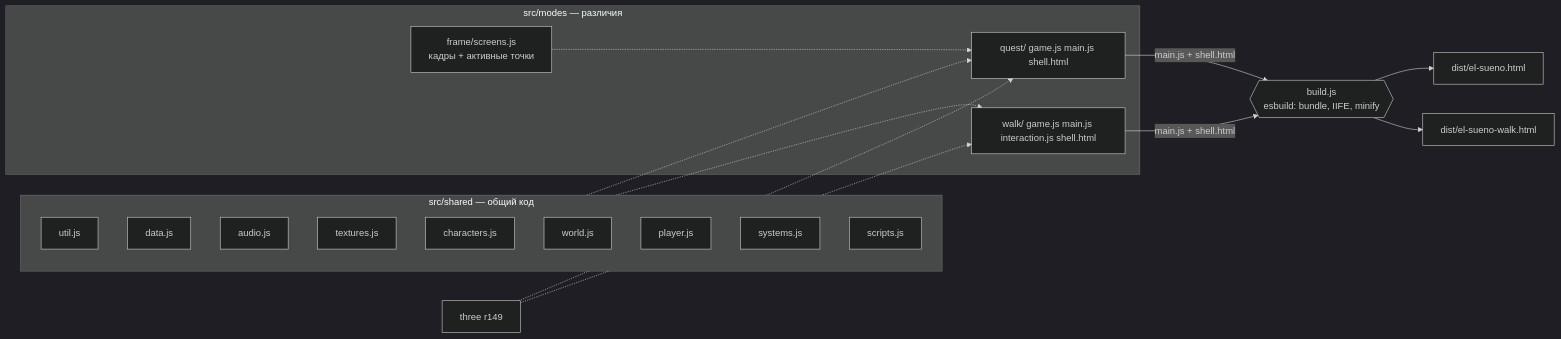
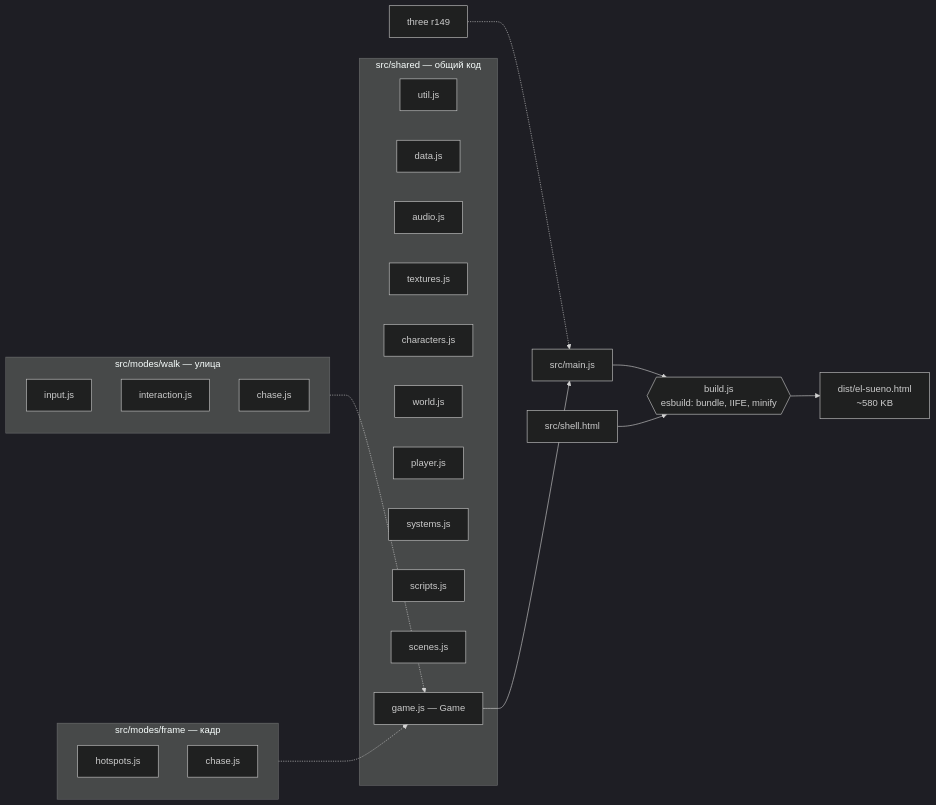
Before and after one commit to anrayt/el-sueno-game: the first of 5 diagrams in docs/ARCHITECTURE.md, drawn with Mermaid (dark theme). The commit also changed other lines of this file and 42 other files, not shown here.

````diff
--- a/docs/ARCHITECTURE.md
+++ b/docs/ARCHITECTURE.md
@@ -7,18 +7,18 @@
 ```mermaid
 flowchart LR
     subgraph shared[src/shared — общий код]
         util[util.js] & data[data.js] & audio[audio.js] & textures[textures.js] & characters[characters.js]
-        world[world.js] & player[player.js] & systems[systems.js] & scripts[scripts.js]
+        world[world.js] & player[player.js] & systems[systems.js] & scripts[scripts.js] & scenes[scenes.js]
+        game[game.js — Game]
     end
-    subgraph modes[src/modes — различия]
-        frame[frame/screens.js<br/>кадры + активные точки]
-        quest[quest/ game.js main.js shell.html]
-        walk[walk/ game.js main.js interaction.js shell.html]
+    subgraph walk[src/modes/walk — улица]
+        input[input.js] & interaction[interaction.js] & wchase[chase.js]
     end
-    three[three r149]
-    esb{{build.js<br/>esbuild: bundle, IIFE, minify}}
-    shared & three -.-> quest & walk
-    frame -.-> quest
-    quest -->|main.js + shell.html| esb --> q[dist/el-sueno.html]
-    walk -->|main.js + shell.html| esb --> w[dist/el-sueno-walk.html]
+    subgraph frame[src/modes/frame — кадр]
+        hotspots[hotspots.js] & fchase[chase.js]
+    end
+    walk & frame -.-> game
+    three[three r149] -.-> main
+    game --> main[src/main.js]
+    main & shell[src/shell.html] --> esb{{build.js<br/>esbuild: bundle, IIFE, minify}} --> out[dist/el-sueno.html<br/>~580 KB]
 ```
````
